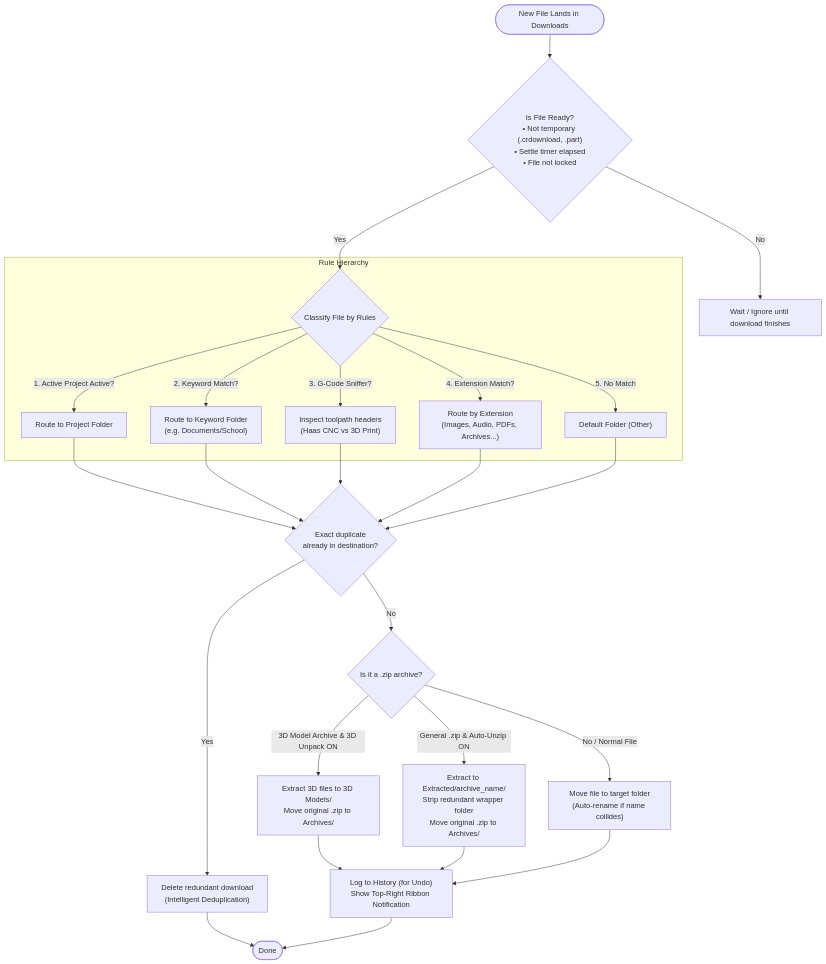
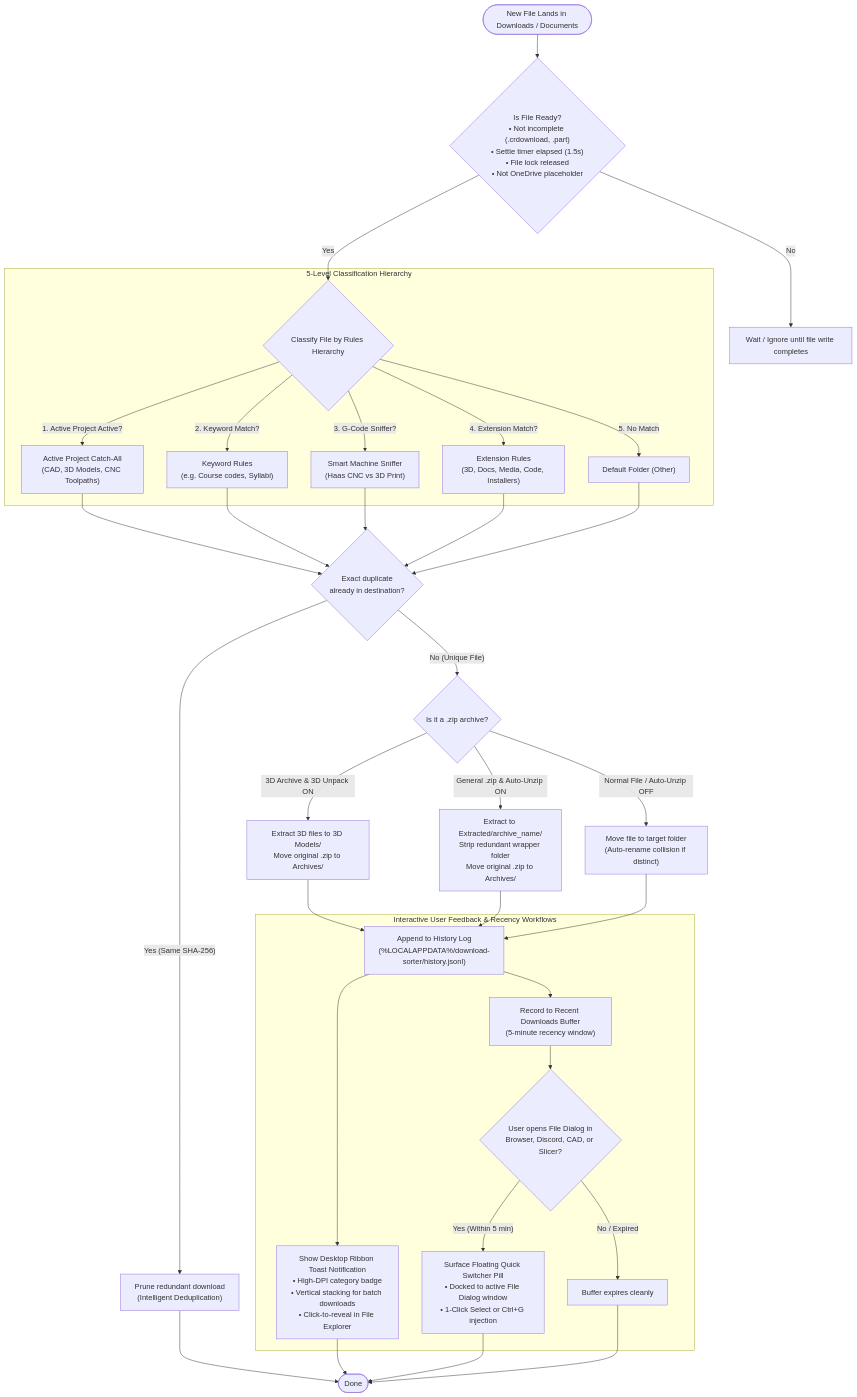
One commit to The-Osprey1/Download-Sorter changed the first of 2 diagrams in FLOWCHART.md. Above: the diagram before and after it, drawn with Mermaid. The commit also changed other lines of this file and 5 other files, not shown here.

Commit message:
feat(config): isolate user rules in AppData and add one-click update script

````diff
--- a/FLOWCHART.md
+++ b/FLOWCHART.md
@@ -7,34 +9,46 @@
 ```mermaid
 flowchart TD
-    Start(["New File Lands in Downloads"]) --> Checks{"Is File Ready?<br>• Not temporary (.crdownload, .part)<br>• Settle timer elapsed<br>• File not locked"}
+    Start(["New File Lands in Downloads / Documents"]) --> Checks{"Is File Ready?<br>• Not incomplete (.crdownload, .part)<br>• Settle timer elapsed (1.5s)<br>• File lock released<br>• Not OneDrive placeholder"}
 
-    Checks -- "No" --> Wait["Wait / Ignore until download finishes"]
-    Checks -- "Yes" --> Route{"Classify File by Rules"}
+    Checks -- "No" --> Wait["Wait / Ignore until file write completes"]
+    Checks -- "Yes" --> Route{"Classify File by Rules Hierarchy"}
 
-    subgraph Classification ["Rule Hierarchy"]
-        Route -->|"1. Active Project Active?"| R_Active["Route to Project Folder"]
-        Route -->|"2. Keyword Match?"| R_Keyword["Route to Keyword Folder<br>(e.g. Documents/School)"]
-        Route -->|"3. G-Code Sniffer?"| R_Sniffer["Inspect toolpath headers<br>(Haas CNC vs 3D Print)"]
-        Route -->|"4. Extension Match?"| R_Ext["Route by Extension<br>(Images, Audio, PDFs, Archives...)"]
+    subgraph Hierarchy ["5-Level Classification Hierarchy"]
+        Route -->|"1. Active Project Active?"| R_Active["Active Project Catch-All<br>(CAD, 3D Models, CNC Toolpaths)"]
+        Route -->|"2. Keyword Match?"| R_Keyword["Keyword Rules<br>(e.g. Course codes, Syllabi)"]
+        Route -->|"3. G-Code Sniffer?"| R_Sniffer["Smart Machine Sniffer<br>(Haas CNC vs 3D Print)"]
+        Route -->|"4. Extension Match?"| R_Ext["Extension Rules<br>(3D, Docs, Media, Code, Installers)"]
         Route -->|"5. No Match"| R_Default["Default Folder (Other)"]
     end
 
     R_Active --> Dedup{"Exact duplicate<br>already in destination?"}
     R_Keyword --> Dedup
     R_Sniffer --> Dedup
     R_Ext --> Dedup
     R_Default --> Dedup
 
-    Dedup -- "Yes" --> DeleteDupe["Delete redundant download<br>(Intelligent Deduplication)"]
-    Dedup -- "No" --> ZipCheck{"Is it a .zip archive?"}
+    Dedup -- "Yes (Same SHA-256)" --> PruneDupe["Prune redundant download<br>(Intelligent Deduplication)"]
+    Dedup -- "No (Unique File)" --> ZipCheck{"Is it a .zip archive?"}
 
-    ZipCheck -- "3D Model Archive & 3D Unpack ON" --> Unzip3D["Extract 3D files to 3D Models/<br>Move original .zip to Archives/"]
+    ZipCheck -- "3D Archive & 3D Unpack ON" --> Unzip3D["Extract 3D files to 3D Models/<br>Move original .zip to Archives/"]
     ZipCheck -- "General .zip & Auto-Unzip ON" --> UnzipGen["Extract to Extracted/archive_name/<br>Strip redundant wrapper folder<br>Move original .zip to Archives/"]
-    ZipCheck -- "No / Normal File" --> Move["Move file to target folder<br>(Auto-rename if name collides)"]
+    ZipCheck -- "Normal File / Auto-Unzip OFF" --> Move["Move file to target folder<br>(Auto-rename collision if distinct)"]
 
-    Unzip3D --> Notify["Log to History (for Undo)<br>Show Top-Right Ribbon Notification"]
-    UnzipGen --> Notify
-    Move --> Notify
-    DeleteDupe --> Done(["Done"])
-    Notify --> Done(["Done"])
+    Unzip3D --> Record["Append to History Log<br>(%LOCALAPPDATA%/download-sorter/history.jsonl)"]
+    UnzipGen --> Record
+    Move --> Record
+
+    subgraph UserFeedback ["Interactive User Feedback & Recency Workflows"]
+        Record --> Ribbon["Show Desktop Ribbon Toast Notification<br>• High-DPI category badge<br>• Vertical stacking for batch downloads<br>• Click-to-reveal in File Explorer"]
+        Record --> Recency["Record to Recent Downloads Buffer<br>(5-minute recency window)"]
+        
+        Recency --> DialogWatch{"User opens File Dialog in<br>Browser, Discord, CAD, or Slicer?"}
+        DialogWatch -- "Yes (Within 5 min)" --> QuickSwitch["Surface Floating Quick Switcher Pill<br>• Docked to active File Dialog window<br>• 1-Click Select or Ctrl+G injection"]
+        DialogWatch -- "No / Expired" --> AutoDismiss["Buffer expires cleanly"]
+    end
+
+    PruneDupe --> Done(["Done"])
+    Ribbon --> Done
+    QuickSwitch --> Done
+    AutoDismiss --> Done
 ```
````
